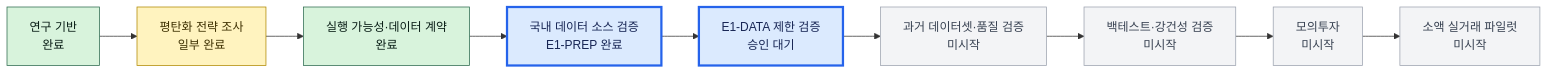
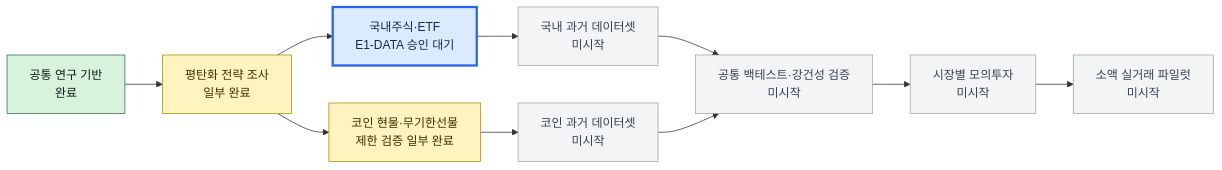
Before and after one commit to jhg6636/autotrade-lab: the diagram in README.md, drawn with Mermaid. The commit also changed other lines of this file and 1 other file, not shown here.

Commit message:
Show Korean and crypto roadmap tracks

````diff
--- a/README.md
+++ b/README.md
@@ -16,20 +17,22 @@
 ```mermaid
 flowchart LR
-    A["연구 기반<br/>완료"] --> B["평탄화 전략 조사<br/>일부 완료"]
-    B --> C["실행 가능성·데이터 계약<br/>완료"]
-    C --> D["국내 데이터 소스 검증<br/>E1-PREP 완료"]
-    D --> E["E1-DATA 제한 검증<br/>승인 대기"]
-    E --> F["과거 데이터셋·품질 검증<br/>미시작"]
-    F --> G["백테스트·강건성 검증<br/>미시작"]
-    G --> H["모의투자<br/>미시작"]
-    H --> I["소액 실거래 파일럿<br/>미시작"]
+    A["공통 연구 기반<br/>완료"] --> B["평탄화 전략 조사<br/>일부 완료"]
+    B --> K["국내주식·ETF<br/>E1-DATA 승인 대기"]
+    B --> C["코인 현물·무기한선물<br/>제한 검증 일부 완료"]
+    K --> KD["국내 과거 데이터셋<br/>미시작"]
+    C --> CD["코인 과거 데이터셋<br/>미시작"]
+    KD --> V["공통 백테스트·강건성 검증<br/>미시작"]
+    CD --> V
+    V --> P["시장별 모의투자<br/>미시작"]
+    P --> L["소액 실거래 파일럿<br/>미시작"]
 
     classDef done fill:#d8f3dc,stroke:#2d6a4f,color:#081c15;
     classDef partial fill:#fff3bf,stroke:#b08900,color:#3d2f00;
     classDef current fill:#dbeafe,stroke:#2563eb,color:#172554,stroke-width:3px;
     classDef future fill:#f3f4f6,stroke:#9ca3af,color:#374151;
-    class A,C done;
+    class A done;
     class B partial;
-    class D,E current;
-    class F,G,H,I future;
+    class C partial;
+    class K current;
+    class KD,CD,V,P,L future;
 ```
````
